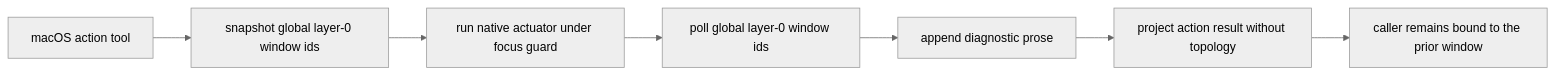
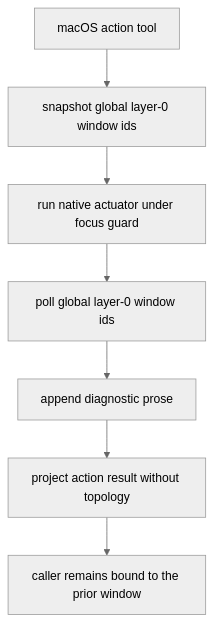
The first of 5 diagrams in libs/cua-driver/docs/post-action-surface-rediscovery.md (RubinCarter/cua), drawn with Mermaid (neutral theme) before and after one commit. The commit also changed other lines of this file, not shown here.

Commit message:
docs(cua-driver): stack rediscovery diagrams for github

````diff
--- a/libs/cua-driver/docs/post-action-surface-rediscovery.md
+++ b/libs/cua-driver/docs/post-action-surface-rediscovery.md
@@ -13,9 +13,9 @@
 ```mermaid
-flowchart LR
+flowchart TB
     action["macOS action tool"] --> before["snapshot global layer-0 window ids"]
     before --> actuator["run native actuator under focus guard"]
     actuator --> after["poll global layer-0 window ids"]
     after --> prose["append diagnostic prose"]
     prose --> adapter["project action result without topology"]
     adapter --> stale["caller remains bound to the prior window"]
 ```
````
